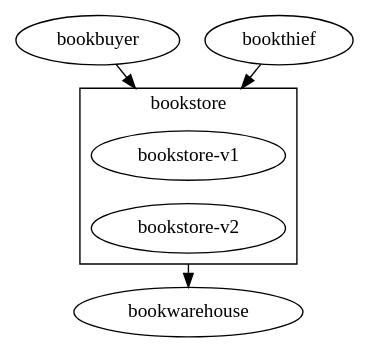
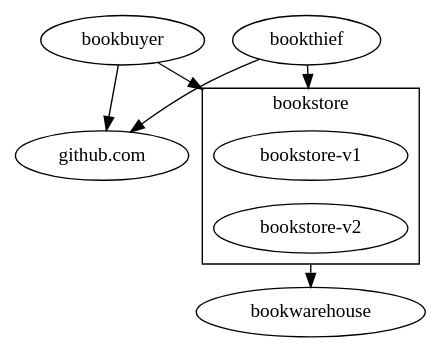
The diagram in demo/graph.dot (openservicemesh/osm), drawn with Graphviz before and after one commit. The commit also changed 2 other files, not shown here.

```diff
--- a/demo/graph.dot
+++ b/demo/graph.dot
@@ -1,18 +1,19 @@
 // dot -o graph.svg -T svg graph.svg
 digraph G {
     compound=true;
     ranksep="0";
     edge [minlen=2];
 
-    bookbuyer -> b1 [lhead=cluster0];
-    bookthief -> b1 [lhead=cluster0];
+    gh [label="github.com"]
+    {bookbuyer bookthief} -> gh
+    {bookbuyer bookthief} -> b1 [lhead=cluster0];
 
     subgraph cluster0 {
         label="bookstore";
         b1[label="bookstore-v1"];
         b2[label="bookstore-v2"];
         b1 -> b2 [style=invis];
     }
 
     b2 -> bookwarehouse [ltail=cluster0];
 }
```
